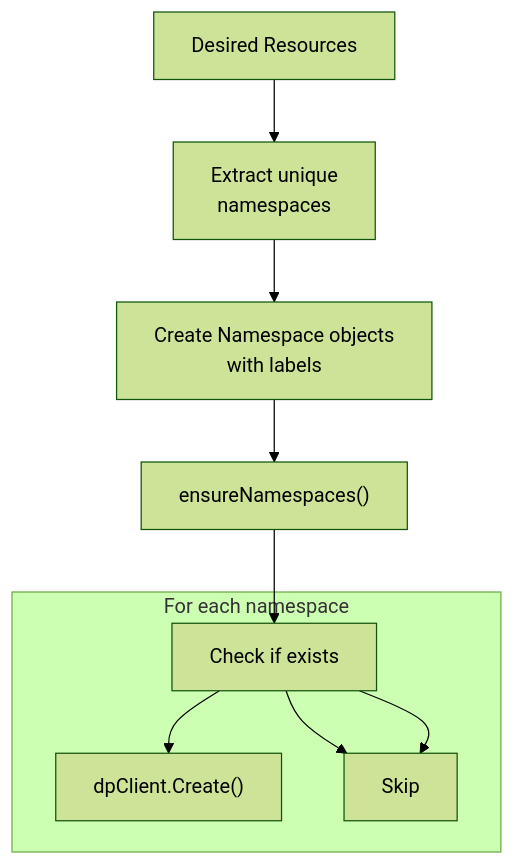
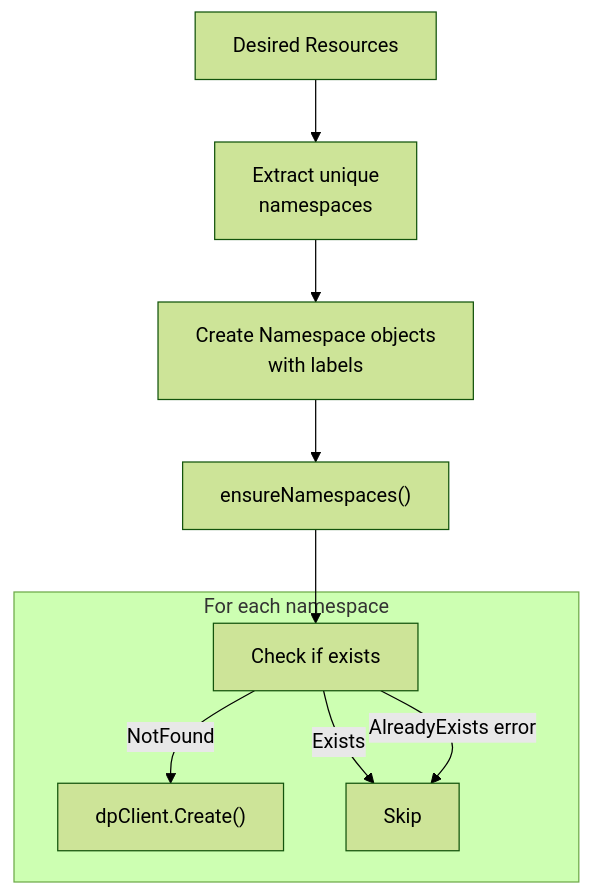
One commit to openchoreo/openchoreo changed the fifth of 10 diagrams in docs/deepwiki/Release-Controller.md. Above: the diagram before and after it, drawn with Mermaid (forest theme). The commit also changed other lines of this file and 85 other files, not shown here.

Commit message:
feat: Add new workflow and specification templates, update Helm chart dependencies, and clarify documentation diagrams.

````diff
--- a/docs/deepwiki/Release-Controller.md
+++ b/docs/deepwiki/Release-Controller.md
@@ -292,25 +292,25 @@
 ```mermaid
 flowchart TD
 
 Desired["Desired Resources"]
 Extract["Extract unique<br>namespaces"]
 CreateNS["Create Namespace objects<br>with labels"]
 Ensure["ensureNamespaces()"]
 Check["Check if exists"]
 Create["dpClient.Create()"]
 Skip["Skip"]
 
 Desired --> Extract
 Extract --> CreateNS
 CreateNS --> Ensure
 Ensure --> Check
 
 subgraph subGraph0 ["For each namespace"]
     Check
     Create
     Skip
-    Check --> Create
-    Check --> Skip
-    Check --> Skip
+    Check -->|"NotFound"| Create
+    Check -->|"Exists"| Skip
+    Check -->|"AlreadyExists error"| Skip
 end
 ```
````
